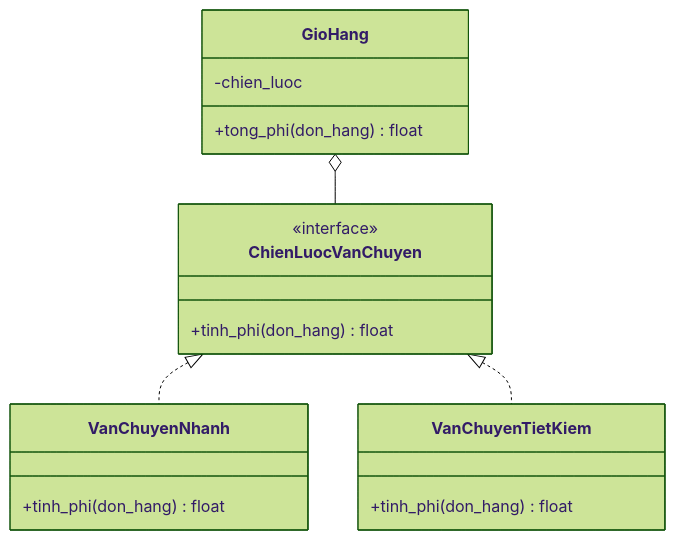
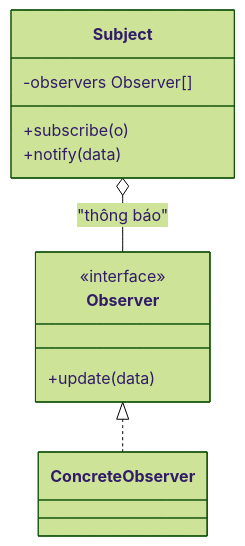
The sixth of 7 diagrams in docs/thiet-ke-he-thong/design-patterns.md (tiendat-work/SDE-Interview-and-Prep-Roadmap-VI), drawn with Mermaid (forest theme) before and after one commit. The commit also changed other lines of this file and 32 other files, not shown here.

````diff
--- a/docs/thiet-ke-he-thong/design-patterns.md
+++ b/docs/thiet-ke-he-thong/design-patterns.md
@@ -79,20 +702,14 @@
 ```mermaid
 classDiagram
-    class ChienLuocVanChuyen {
+    class Subject {
+        -observers Observer[]
+        +subscribe(o)
+        +notify(data)
+    }
+    class Observer {
         <<interface>>
-        +tinh_phi(don_hang) float
+        +update(data)
     }
-    class VanChuyenNhanh {
-        +tinh_phi(don_hang) float
-    }
-    class VanChuyenTietKiem {
-        +tinh_phi(don_hang) float
-    }
-    class GioHang {
-        -chien_luoc
-        +tong_phi(don_hang) float
-    }
-    ChienLuocVanChuyen <|.. VanChuyenNhanh
-    ChienLuocVanChuyen <|.. VanChuyenTietKiem
-    GioHang o-- ChienLuocVanChuyen
+    Subject o-- Observer : "thông báo"
+    Observer <|.. ConcreteObserver
 ```
````
